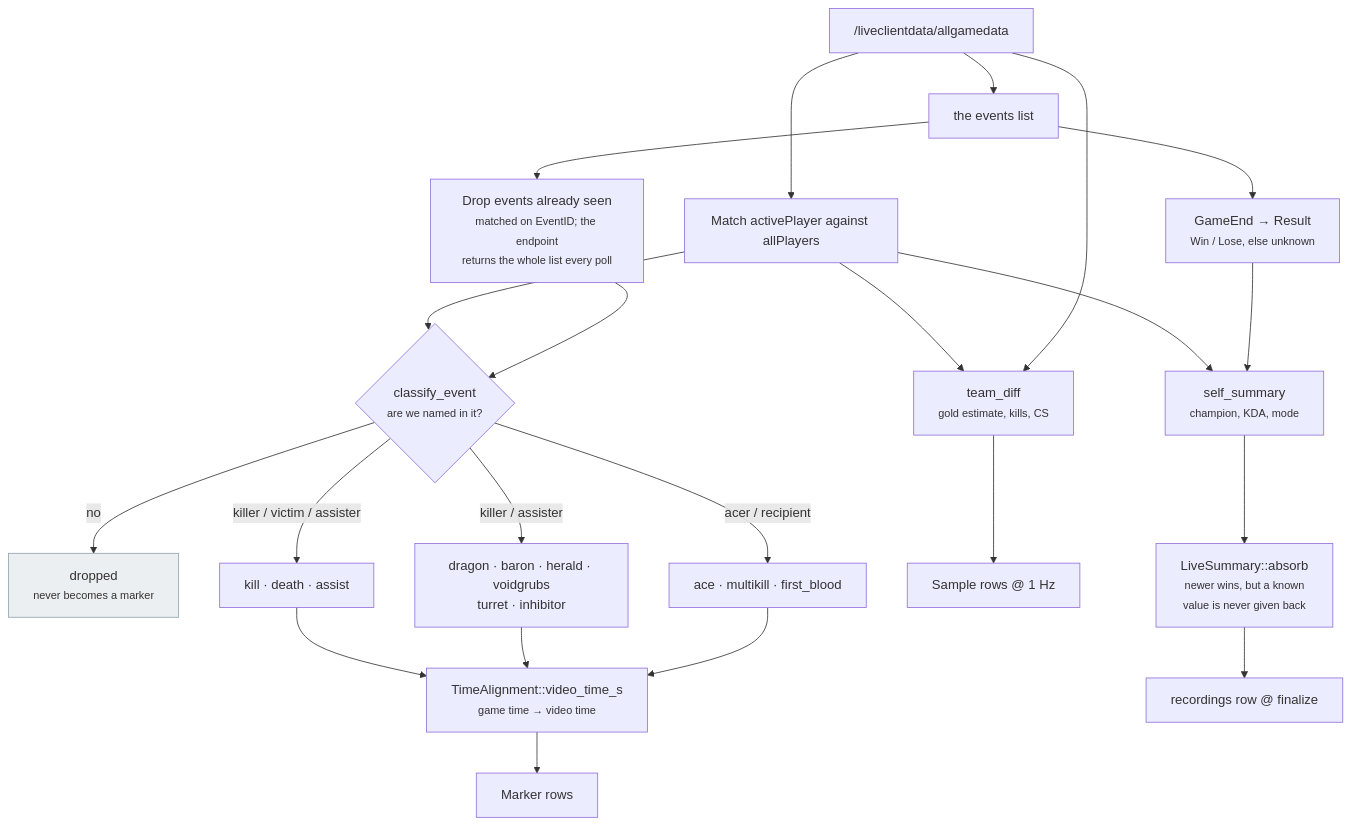
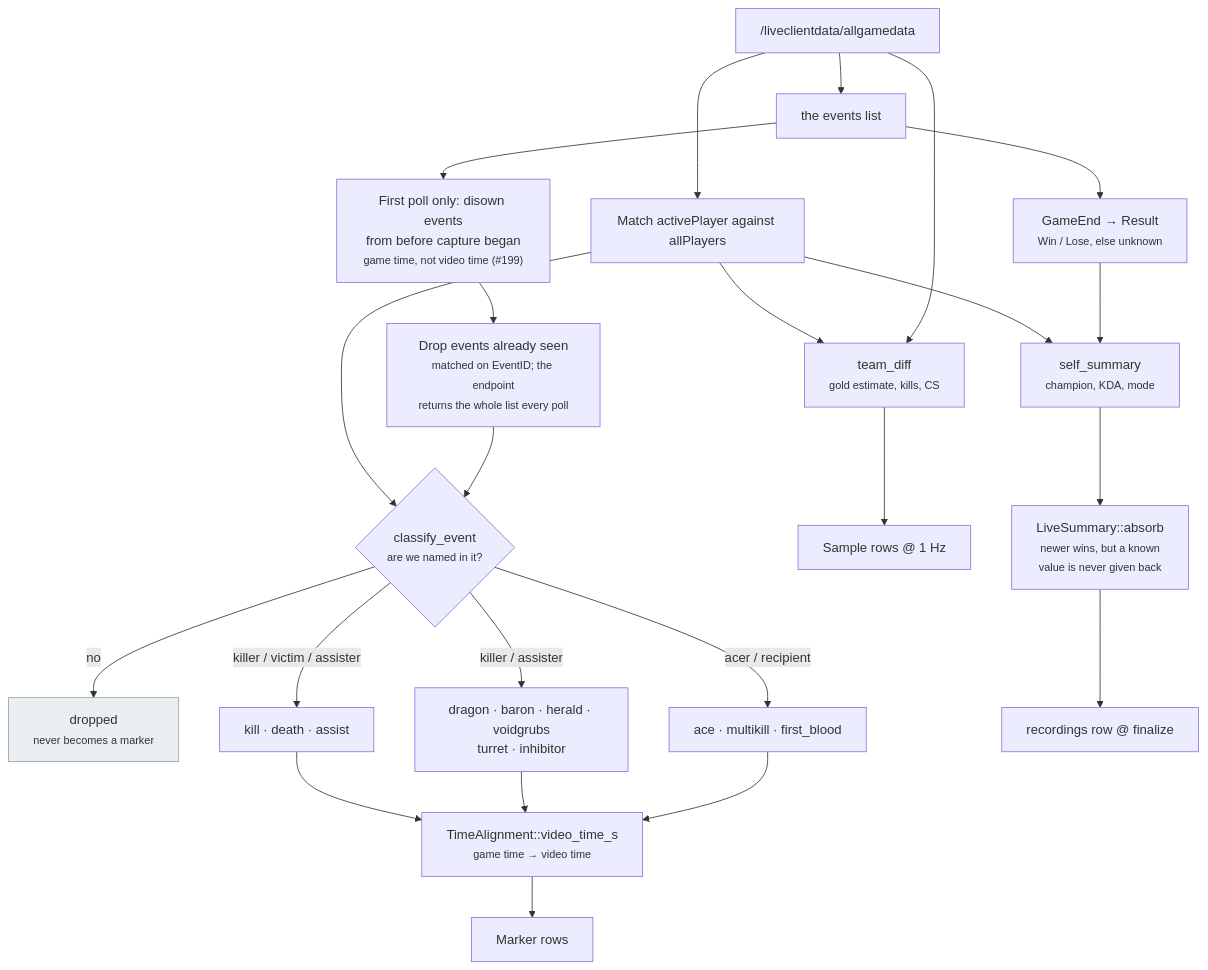
The third of 8 diagrams in docs/recording-pipeline.md (NinjaGoldfinch/ninja-recorder), drawn with Mermaid before and after one commit. The commit also changed other lines of this file and 4 other files, not shown here.

````diff
--- a/docs/recording-pipeline.md
+++ b/docs/recording-pipeline.md
@@ -165,25 +165,26 @@
 ```mermaid
 flowchart TB
     SNAP["/liveclientdata/allgamedata"] --> ID["Match activePlayer against allPlayers"]
     SNAP --> EV["the events list"]
     ID --> CL
-    EV --> DEDUP["Drop events already seen<br/><small>matched on EventID; the endpoint<br/>returns the whole list every poll</small>"]
+    EV --> DIS["First poll only: disown events<br/>from before capture began<br/><small>game time, not video time (#199)</small>"]
+    DIS --> DEDUP["Drop events already seen<br/><small>matched on EventID; the endpoint<br/>returns the whole list every poll</small>"]
     DEDUP --> CL{"classify_event<br/><small>are we named in it?</small>"}
     CL -->|"no"| DROP["dropped<br/><small>never becomes a marker</small>"]
     CL -->|"killer / victim / assister"| K["kill · death · assist"]
     CL -->|"killer / assister"| O["dragon · baron · herald · voidgrubs<br/>turret · inhibitor"]
     CL -->|"acer / recipient"| M["ace · multikill · first_blood"]
     K --> AL
     O --> AL
     M --> AL
     style DROP fill:#eceff1,stroke:#90a4ae
     AL["TimeAlignment::video_time_s<br/><small>game time → video time</small>"] --> MK["Marker rows"]
     ID --> TD["team_diff<br/><small>gold estimate, kills, CS</small>"]
     SNAP --> TD
     TD --> SM["Sample rows @ 1 Hz"]
     ID --> SS["self_summary<br/><small>champion, KDA, mode</small>"]
     EV --> GE["GameEnd → Result<br/><small>Win / Lose, else unknown</small>"]
     GE --> SS
     SS --> ABS["LiveSummary::absorb<br/><small>newer wins, but a known<br/>value is never given back</small>"]
     ABS --> ROW["recordings row @ finalize"]
 ```
````
